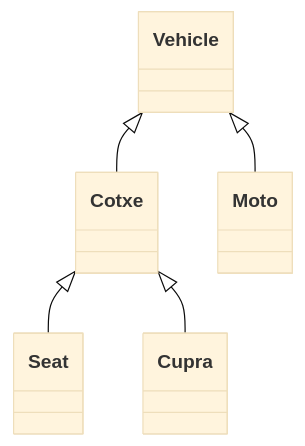
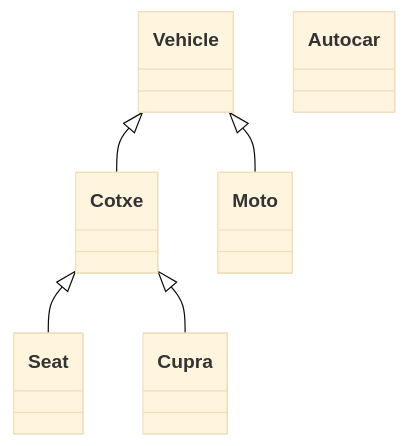
Before and after one commit to marcmoiagese/curskotlin: the first of 2 diagrams in 31-POO-Herencia/README.md, drawn with Mermaid (base theme). The commit also changed other lines of this file, not shown here.

````diff
--- a/31-POO-Herencia/README.md
+++ b/31-POO-Herencia/README.md
@@ -20,13 +20,14 @@
 ```mermaid
 classDiagram
   class Vehicle
   class Cotxe
   class Moto
   class Seat
   class Cupra
+  class Autocar
 
   Vehicle <|-- Cotxe
   Vehicle <|-- Moto
   Cotxe <|-- Seat
   Cotxe <|-- Cupra
 ```
````
